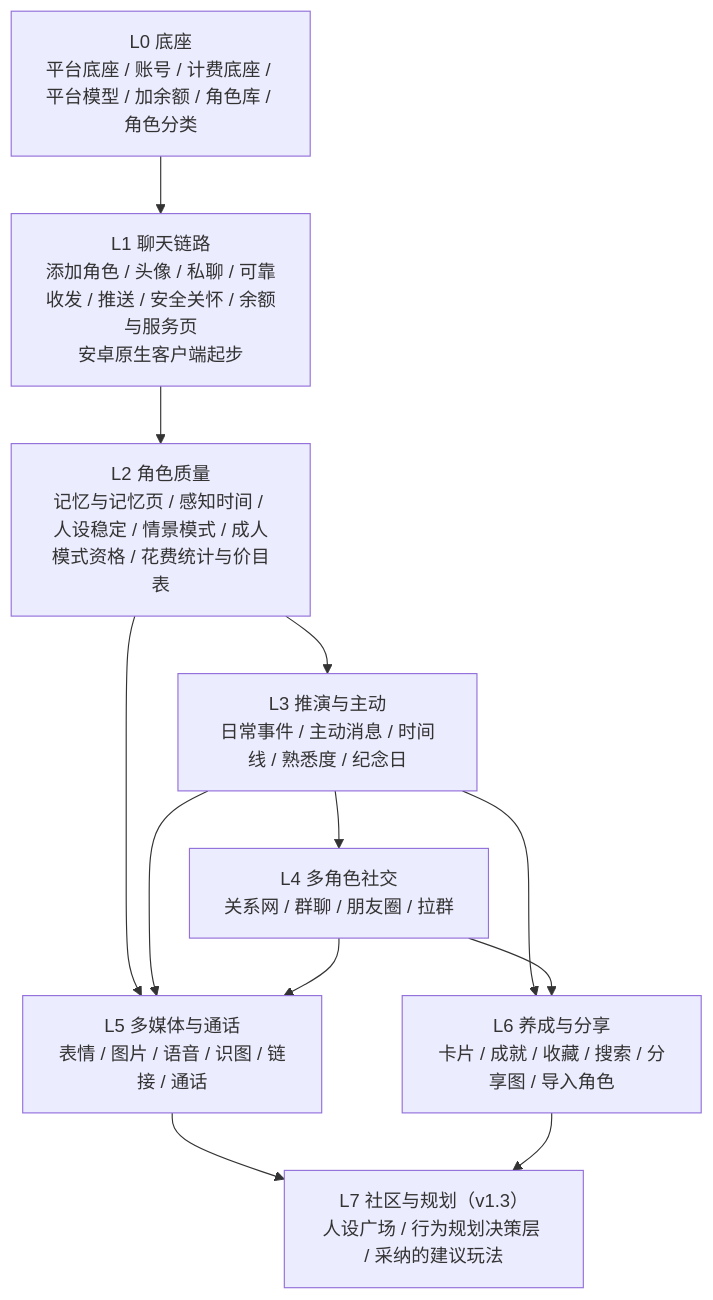
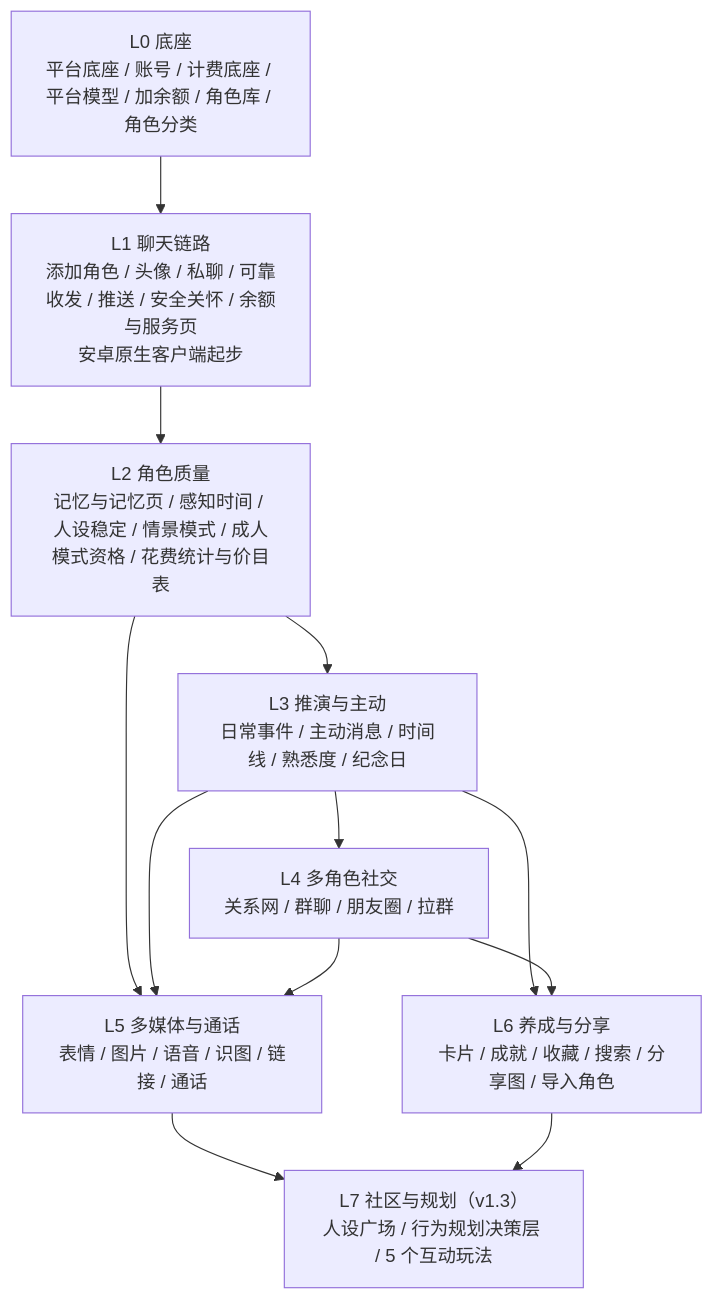
The diagram in docs/product/prd-v1.md (yottermanzione-ship-it/weiban), drawn with Mermaid before and after one commit. The commit also changed other lines of this file and 16 other files, not shown here.

````diff
--- a/docs/product/prd-v1.md
+++ b/docs/product/prd-v1.md
@@ -410,14 +434,14 @@
 ```mermaid
 graph TD
   L0[L0 底座<br/>平台底座 / 账号 / 计费底座 / 平台模型 / 加余额 / 角色库 / 角色分类] --> L1[L1 聊天链路<br/>添加角色 / 头像 / 私聊 / 可靠收发 / 推送 / 安全关怀 / 余额与服务页<br/>安卓原生客户端起步]
   L1 --> L2[L2 角色质量<br/>记忆与记忆页 / 感知时间 / 人设稳定 / 情景模式 / 成人模式资格 / 花费统计与价目表]
   L2 --> L3[L3 推演与主动<br/>日常事件 / 主动消息 / 时间线 / 熟悉度 / 纪念日]
   L3 --> L4[L4 多角色社交<br/>关系网 / 群聊 / 朋友圈 / 拉群]
   L2 --> L5[L5 多媒体与通话<br/>表情 / 图片 / 语音 / 识图 / 链接 / 通话]
   L3 --> L5
   L4 --> L5
   L3 --> L6[L6 养成与分享<br/>卡片 / 成就 / 收藏 / 搜索 / 分享图 / 导入角色]
   L4 --> L6
-  L5 --> L7[L7 社区与规划（v1.3）<br/>人设广场 / 行为规划决策层 / 采纳的建议玩法]
+  L5 --> L7[L7 社区与规划（v1.3）<br/>人设广场 / 行为规划决策层 / 5 个互动玩法]
   L6 --> L7
 ```
````
